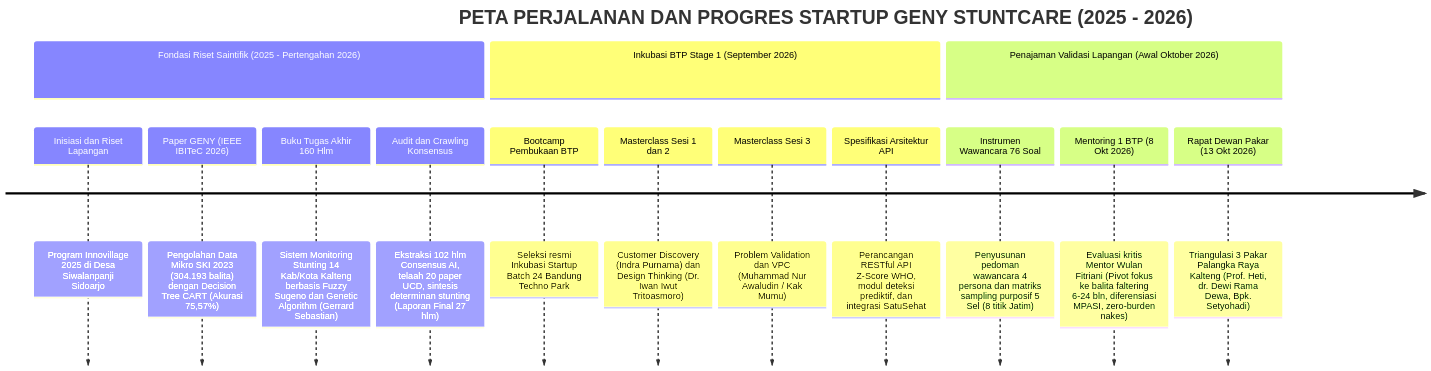
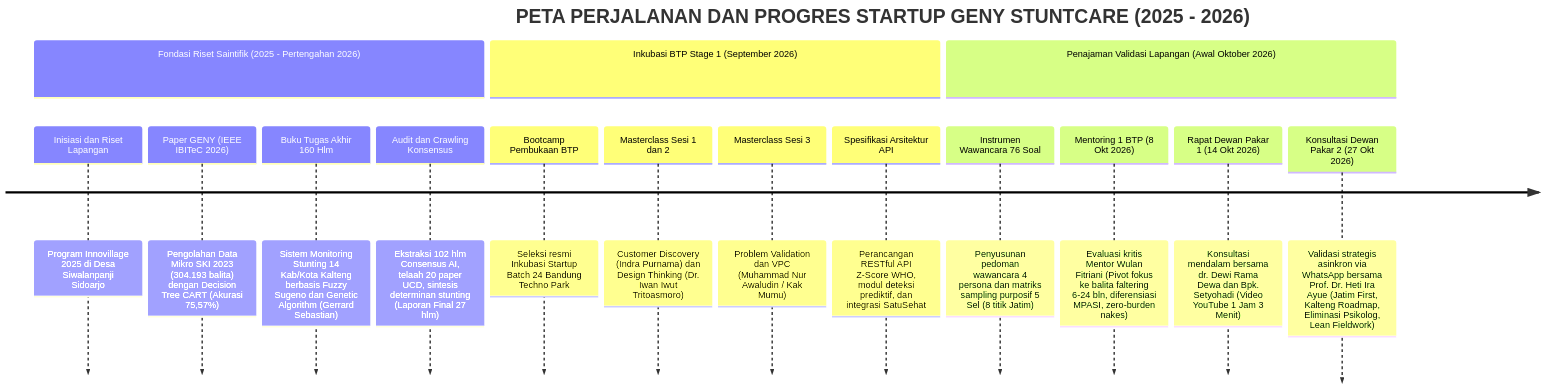
The first of 2 diagrams in 06-expert-advisory-meeting/README.md (gerrardgs/Inkubasi-Startup-BTP), drawn with Mermaid before and after one commit. The commit also changed other lines of this file and 2 other files, not shown here.

Commit message:
docs(advisory): tambahkan notulensi konsultasi WhatsApp Dr Heti Ira Ayue 27 Okt 2026, validasi Jatim first, dan roadmap Kalteng

````diff
--- a/06-expert-advisory-meeting/README.md
+++ b/06-expert-advisory-meeting/README.md
@@ -21,18 +21,19 @@
 ```mermaid
 timeline
     title PETA PERJALANAN DAN PROGRES STARTUP GENY STUNTCARE (2025 - 2026)
     section Fondasi Riset Saintifik (2025 - Pertengahan 2026)
         Inisiasi dan Riset Lapangan : Program Innovillage 2025 di Desa Siwalanpanji Sidoarjo
         Paper GENY (IEEE IBITeC 2026) : Pengolahan Data Mikro SKI 2023 (304.193 balita) dengan Decision Tree CART (Akurasi 75,57%)
         Buku Tugas Akhir 160 Hlm : Sistem Monitoring Stunting 14 Kab/Kota Kalteng berbasis Fuzzy Sugeno dan Genetic Algorithm (Gerrard Sebastian)
         Audit dan Crawling Konsensus : Ekstraksi 102 hlm Consensus AI, telaah 20 paper UCD, sintesis determinan stunting (Laporan Final 27 hlm)
     section Inkubasi BTP Stage 1 (September 2026)
         Bootcamp Pembukaan BTP : Seleksi resmi Inkubasi Startup Batch 24 Bandung Techno Park
         Masterclass Sesi 1 dan 2 : Customer Discovery (Indra Purnama) dan Design Thinking (Dr. Iwan Iwut Tritoasmoro)
         Masterclass Sesi 3 : Problem Validation dan VPC (Muhammad Nur Awaludin / Kak Mumu)
         Spesifikasi Arsitektur API : Perancangan RESTful API Z-Score WHO, modul deteksi prediktif, dan integrasi SatuSehat
     section Penajaman Validasi Lapangan (Awal Oktober 2026)
         Instrumen Wawancara 76 Soal : Penyusunan pedoman wawancara 4 persona dan matriks sampling purposif 5 Sel (8 titik Jatim)
         Mentoring 1 BTP (8 Okt 2026) : Evaluasi kritis Mentor Wulan Fitriani (Pivot fokus ke balita faltering 6-24 bln, diferensiasi MPASI, zero-burden nakes)
-        Rapat Dewan Pakar (13 Okt 2026) : Triangulasi 3 Pakar Palangka Raya Kalteng (Prof. Heti, dr. Dewi Rama Dewa, Bpk. Setyohadi)
+        Rapat Dewan Pakar 1 (14 Okt 2026) : Konsultasi mendalam bersama dr. Dewi Rama Dewa dan Bpk. Setyohadi (Video YouTube 1 Jam 3 Menit)
+        Konsultasi Dewan Pakar 2 (27 Okt 2026) : Validasi strategis asinkron via WhatsApp bersama Prof. Dr. Heti Ira Ayue (Jatim First, Kalteng Roadmap, Eliminasi Psikolog, Lean Fieldwork)
 ```
````
